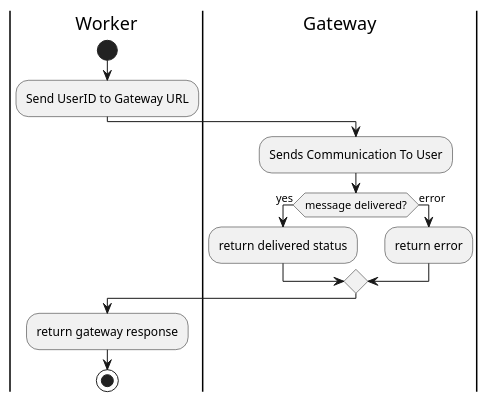
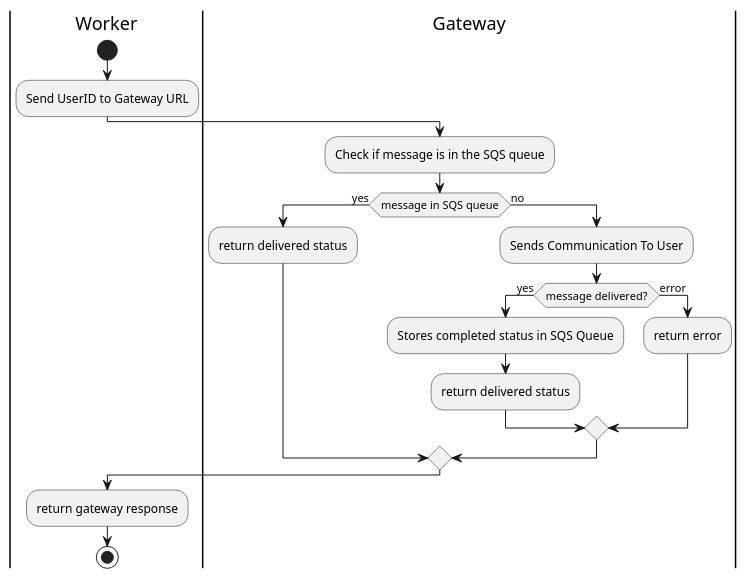
One commit to CameronWard301/communication_scheduler changed the diagram in Designs/Activity Diagrams/SendMessageToGatewayActivity.puml. Above: the diagram before and after it, drawn with PlantUML. The commit also changed 23 other files, not shown here.

```diff
--- a/Designs/Activity Diagrams/SendMessageToGatewayActivity.puml
+++ b/Designs/Activity Diagrams/SendMessageToGatewayActivity.puml
@@ -1,20 +1,28 @@
 @startuml Send Message To Gateway Activity;
 |Worker|
 
 start
 
 :Send UserID to Gateway URL;
 
 |Gateway|
+
+:Check if message is in the SQS queue;
+if (message in SQS queue) is (yes) then
+:return delivered status;
+else (no)
+
 :Sends Communication To User;
 
+    if (message delivered?) is (yes) then
+    :Stores completed status in SQS Queue;
+    :return delivered status;
+    else (error)
+    :return error;
+    endif
 
-if (message delivered?) is (yes) then
-:return delivered status;
-else (error)
-:return error;
 endif
 |Worker|
 :return gateway response;
 stop
 @enduml
```
